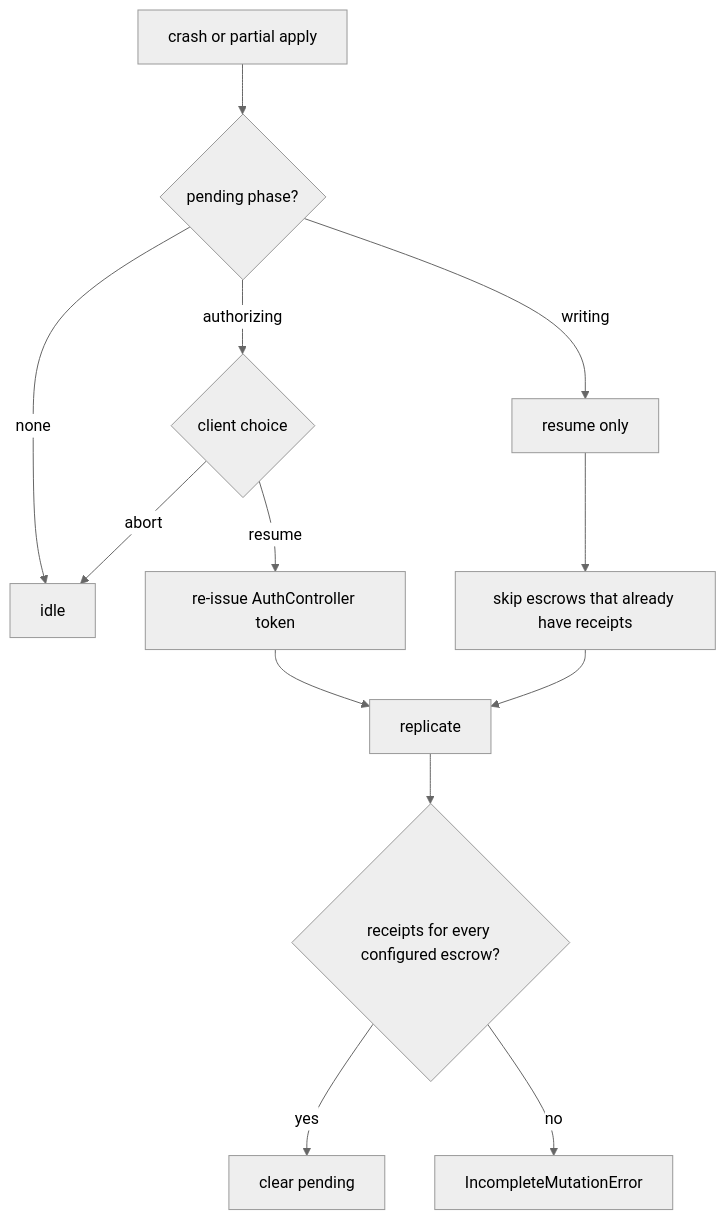
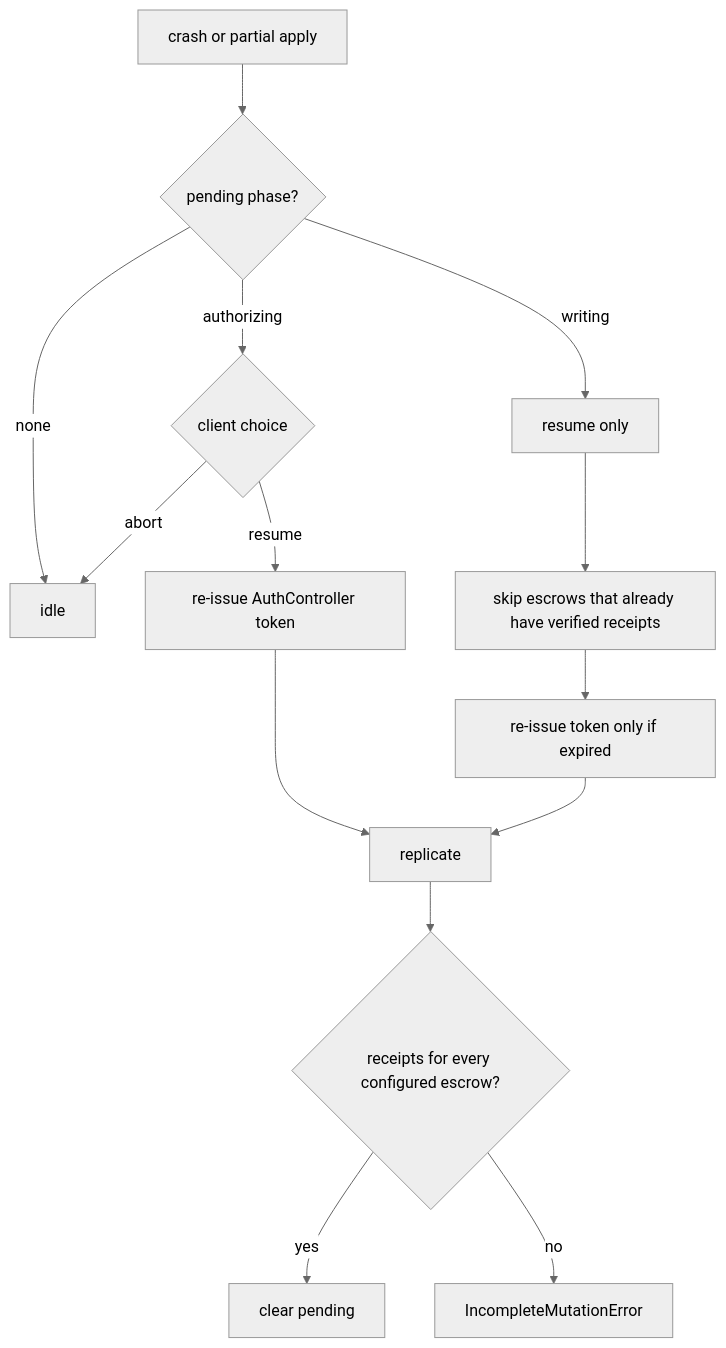
One commit to MetaMask/core changed the seventh of 7 diagrams in packages/mfa-recovery-controller/ARCHITECTURE.md. Above: the diagram before and after it, drawn with Mermaid (neutral theme). The commit also changed other lines of this file, not shown here.

First line of the commit message:
docs: enhance architecture documentation for mfa-recovery-controller

````diff
--- a/packages/mfa-recovery-controller/ARCHITECTURE.md
+++ b/packages/mfa-recovery-controller/ARCHITECTURE.md
@@ -248,15 +342,16 @@
 ```mermaid
 flowchart TD
   Crash[crash or partial apply] --> Phase{pending phase?}
   Phase -->|none| Idle[idle]
   Phase -->|authorizing| AbortOrResume{client choice}
   AbortOrResume -->|abort| Idle
   AbortOrResume -->|resume| Auth[re-issue AuthController token]
   Auth --> Write[replicate]
   Phase -->|writing| ResumeOnly[resume only]
-  ResumeOnly --> Skip[skip escrows that already have receipts]
-  Skip --> Write
+  ResumeOnly --> Skip[skip escrows that already have verified receipts]
+  Skip --> Refresh[re-issue token only if expired]
+  Refresh --> Write
   Write --> All{receipts for every configured escrow?}
   All -->|yes| Clear[clear pending]
   All -->|no| PendingErr[IncompleteMutationError]
 ```
````
